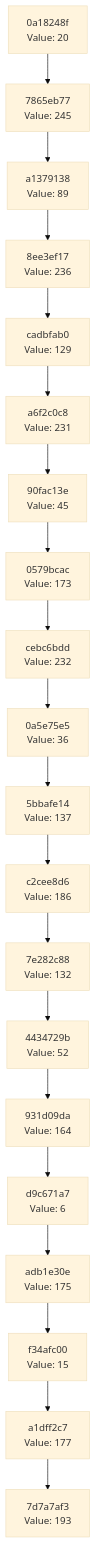
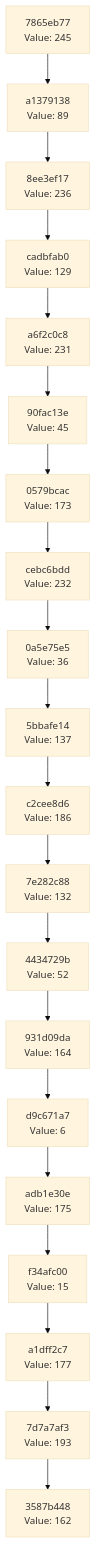
The diagram in docs/CHAIN_VISUALIZATION.md (Abhisheksinha1506/hash-chain-evolver), drawn with Mermaid (base theme) before and after one commit. The commit also changed 3 other files, not shown here.

````diff
--- a/docs/CHAIN_VISUALIZATION.md
+++ b/docs/CHAIN_VISUALIZATION.md
@@ -3,42 +3,42 @@
 ```mermaid
 graph TD
-    C0["7d7a7af3<br/>Value: 193"]
-    C1["a1dff2c7<br/>Value: 177"]
+    C0["3587b448<br/>Value: 162"]
+    C1["7d7a7af3<br/>Value: 193"]
     C1 --> C0
-    C2["f34afc00<br/>Value: 15"]
+    C2["a1dff2c7<br/>Value: 177"]
     C2 --> C1
-    C3["adb1e30e<br/>Value: 175"]
+    C3["f34afc00<br/>Value: 15"]
     C3 --> C2
-    C4["d9c671a7<br/>Value: 6"]
+    C4["adb1e30e<br/>Value: 175"]
     C4 --> C3
-    C5["931d09da<br/>Value: 164"]
+    C5["d9c671a7<br/>Value: 6"]
     C5 --> C4
-    C6["4434729b<br/>Value: 52"]
+    C6["931d09da<br/>Value: 164"]
     C6 --> C5
-    C7["7e282c88<br/>Value: 132"]
+    C7["4434729b<br/>Value: 52"]
     C7 --> C6
-    C8["c2cee8d6<br/>Value: 186"]
+    C8["7e282c88<br/>Value: 132"]
     C8 --> C7
-    C9["5bbafe14<br/>Value: 137"]
+    C9["c2cee8d6<br/>Value: 186"]
     C9 --> C8
-    C10["0a5e75e5<br/>Value: 36"]
+    C10["5bbafe14<br/>Value: 137"]
     C10 --> C9
-    C11["cebc6bdd<br/>Value: 232"]
+    C11["0a5e75e5<br/>Value: 36"]
     C11 --> C10
-    C12["0579bcac<br/>Value: 173"]
+    C12["cebc6bdd<br/>Value: 232"]
     C12 --> C11
-    C13["90fac13e<br/>Value: 45"]
+    C13["0579bcac<br/>Value: 173"]
     C13 --> C12
-    C14["a6f2c0c8<br/>Value: 231"]
+    C14["90fac13e<br/>Value: 45"]
     C14 --> C13
-    C15["cadbfab0<br/>Value: 129"]
+    C15["a6f2c0c8<br/>Value: 231"]
     C15 --> C14
-    C16["8ee3ef17<br/>Value: 236"]
+    C16["cadbfab0<br/>Value: 129"]
     C16 --> C15
-    C17["a1379138<br/>Value: 89"]
+    C17["8ee3ef17<br/>Value: 236"]
     C17 --> C16
-    C18["7865eb77<br/>Value: 245"]
+    C18["a1379138<br/>Value: 89"]
     C18 --> C17
-    C19["0a18248f<br/>Value: 20"]
+    C19["7865eb77<br/>Value: 245"]
     C19 --> C18
 ```
````
